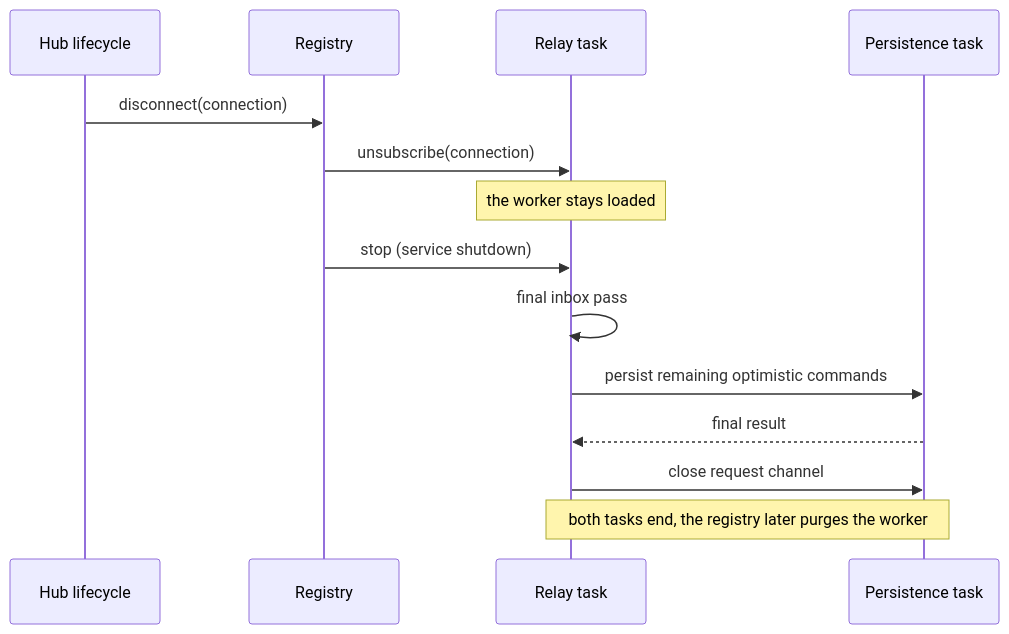
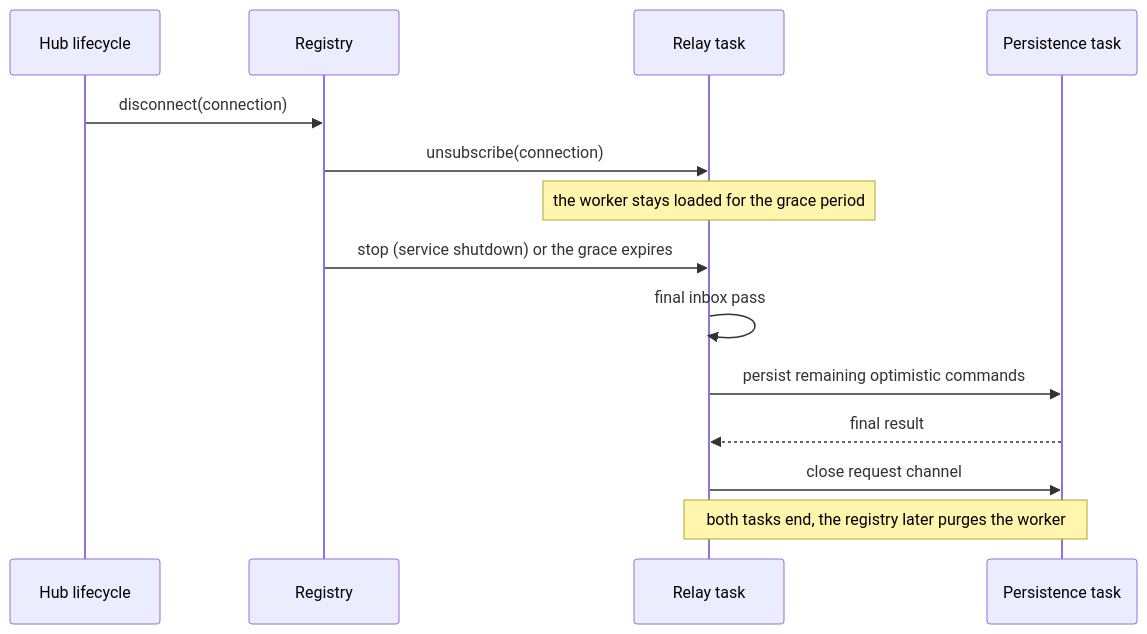
The ninth of 9 diagrams in docs/services/builder/hub.md (gzp79/shine-services), drawn with Mermaid before and after one commit. The commit also changed other lines of this file and 14 other files, not shown here.

````diff
--- a/docs/services/builder/hub.md
+++ b/docs/services/builder/hub.md
@@ -235,17 +264,17 @@
 ```mermaid
 sequenceDiagram
     participant H as Hub lifecycle
     participant R as Registry
     participant A as Relay task
     participant P as Persistence task
 
     H->>R: disconnect(connection)
     R->>A: unsubscribe(connection)
-    Note over A: the worker stays loaded
-    R->>A: stop (service shutdown)
+    Note over A: the worker stays loaded for the grace period
+    R->>A: stop (service shutdown) or the grace expires
     A->>A: final inbox pass
     A->>P: persist remaining optimistic commands
     P-->>A: final result
     A->>P: close request channel
     Note over A,P: both tasks end, the registry later purges the worker
 ```
````
